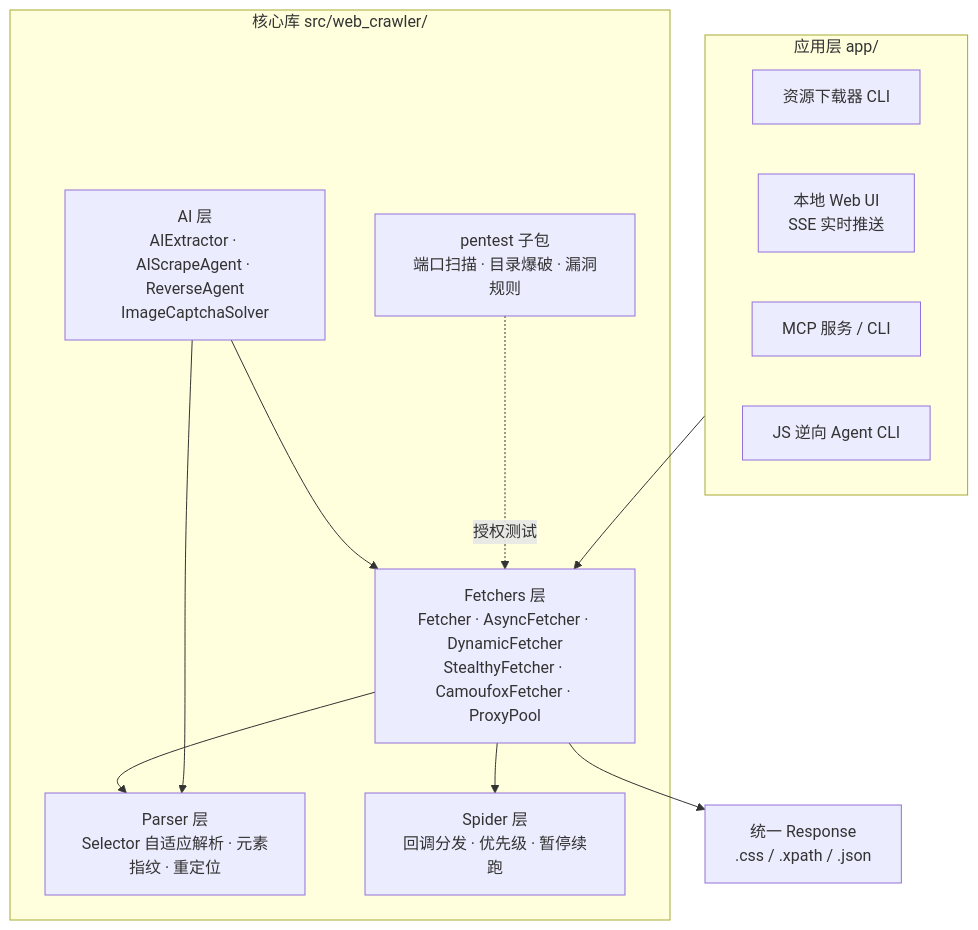
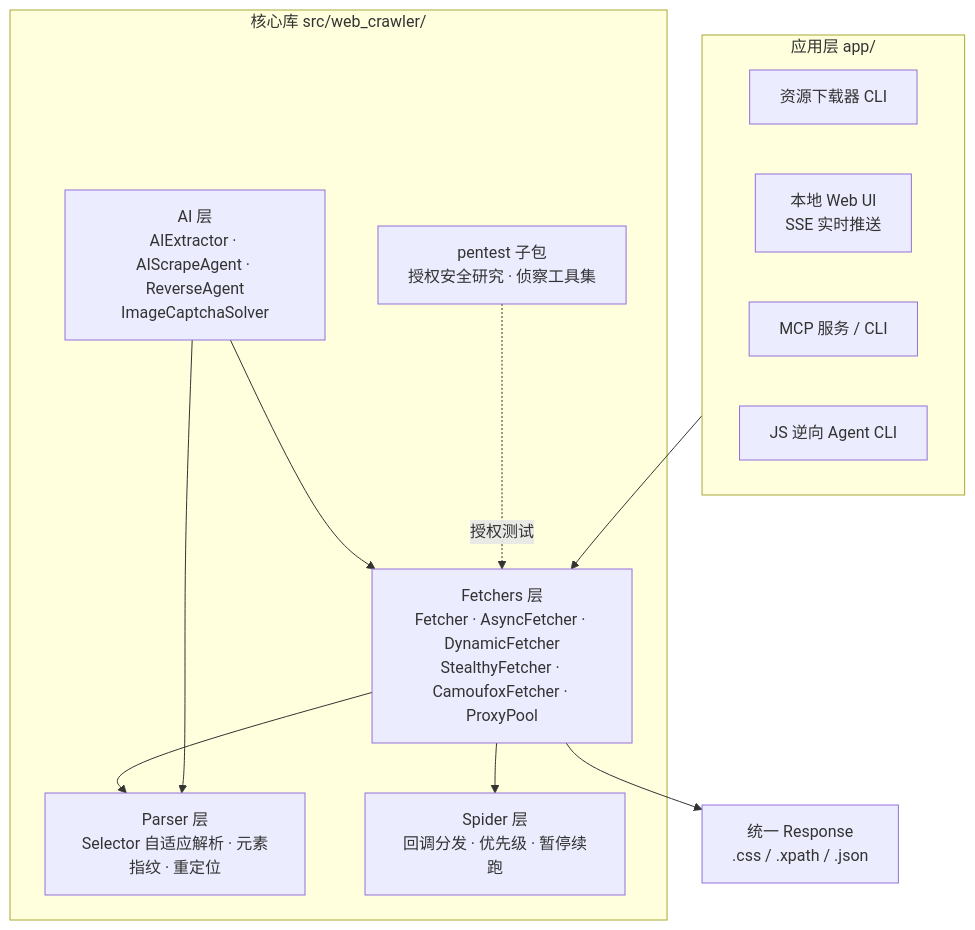
Before and after one commit to xiaomaozjj666/web-crawler: the diagram in README.md, drawn with Mermaid. The commit also changed other lines of this file and 1 other file, not shown here.

````diff
--- a/README.md
+++ b/README.md
@@ -17,23 +17,23 @@
 ```mermaid
 flowchart TB
     subgraph APP["应用层 app/"]
         C1["资源下载器 CLI"]
         C2["本地 Web UI<br/>SSE 实时推送"]
         C3["MCP 服务 / CLI"]
         C4["JS 逆向 Agent CLI"]
     end
     subgraph CORE["核心库 src/web_crawler/"]
         F["Fetchers 层<br/>Fetcher · AsyncFetcher · DynamicFetcher<br/>StealthyFetcher · CamoufoxFetcher · ProxyPool"]
         P["Parser 层<br/>Selector 自适应解析 · 元素指纹 · 重定位"]
         S["Spider 层<br/>回调分发 · 优先级 · 暂停续跑"]
         A["AI 层<br/>AIExtractor · AIScrapeAgent · ReverseAgent<br/>ImageCaptchaSolver"]
-        PT["pentest 子包<br/>端口扫描 · 目录爆破 · 漏洞规则"]
+        PT["pentest 子包<br/>授权安全研究 · 侦察工具集"]
     end
     APP --> F
     F --> P
     F --> S
     A --> F
     A --> P
     PT -.->|"授权测试"| F
     F --> R["统一 Response<br/>.css / .xpath / .json"]
 ```
````
